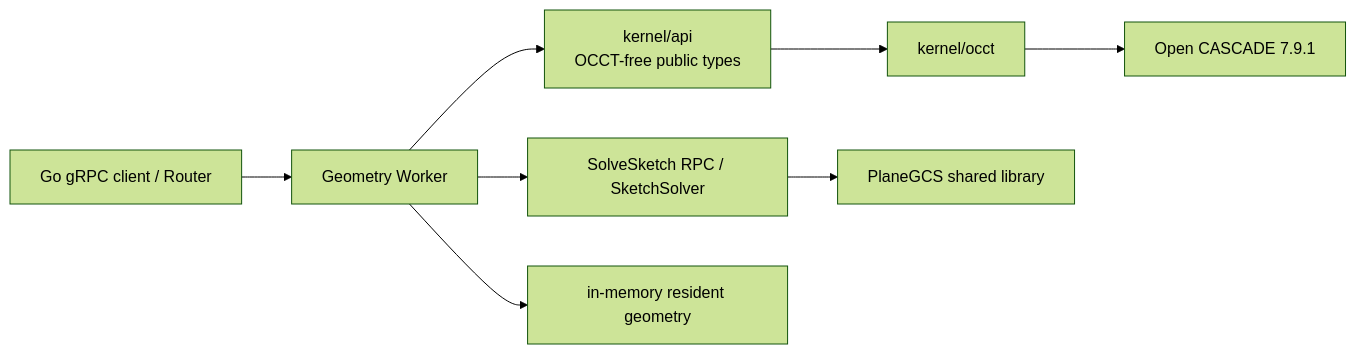
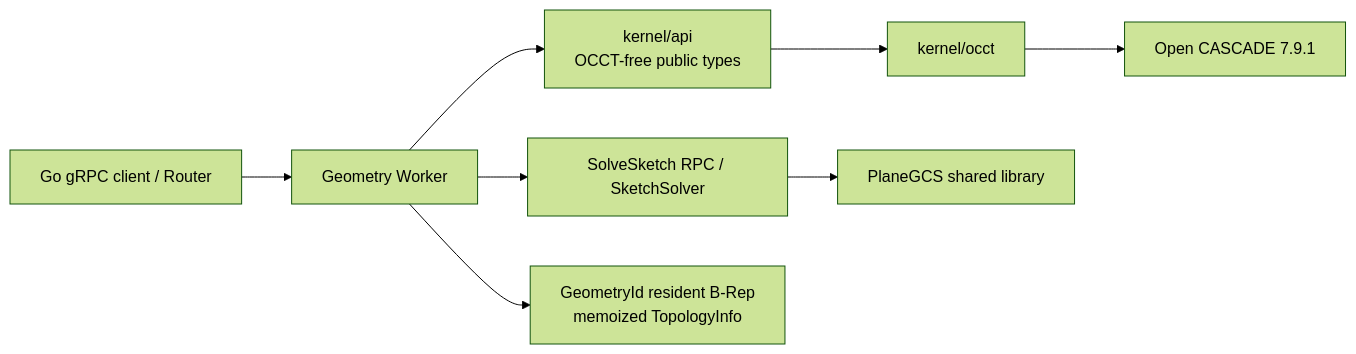
One commit to cossoledad/occccad changed the diagram in workers/geometry/README.md. Above: the diagram before and after it, drawn with Mermaid (forest theme). The commit also changed other lines of this file and 15 other files, not shown here.

````diff
--- a/workers/geometry/README.md
+++ b/workers/geometry/README.md
@@ -19,10 +19,10 @@
 ```mermaid
 flowchart LR
     Client["Go gRPC client / Router"] --> Worker["Geometry Worker"]
     Worker --> API["kernel/api<br/>OCCT-free public types"]
     API --> Adapter["kernel/occt"]
     Adapter --> OCCT["Open CASCADE 7.9.1"]
     Worker --> SketchAPI["SolveSketch RPC / SketchSolver"]
     SketchAPI --> PlaneGCS["PlaneGCS shared library"]
-    Worker --> Cache["in-memory resident geometry"]
+    Worker --> Cache["GeometryId resident B-Rep<br/>memoized TopologyInfo"]
 ```
````
